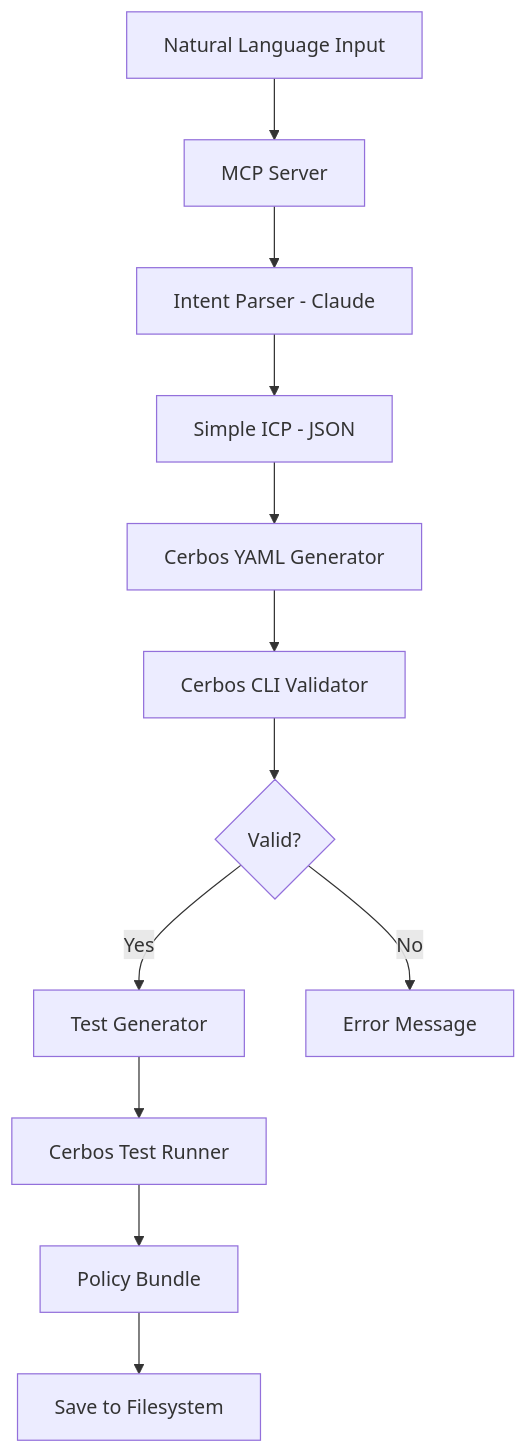
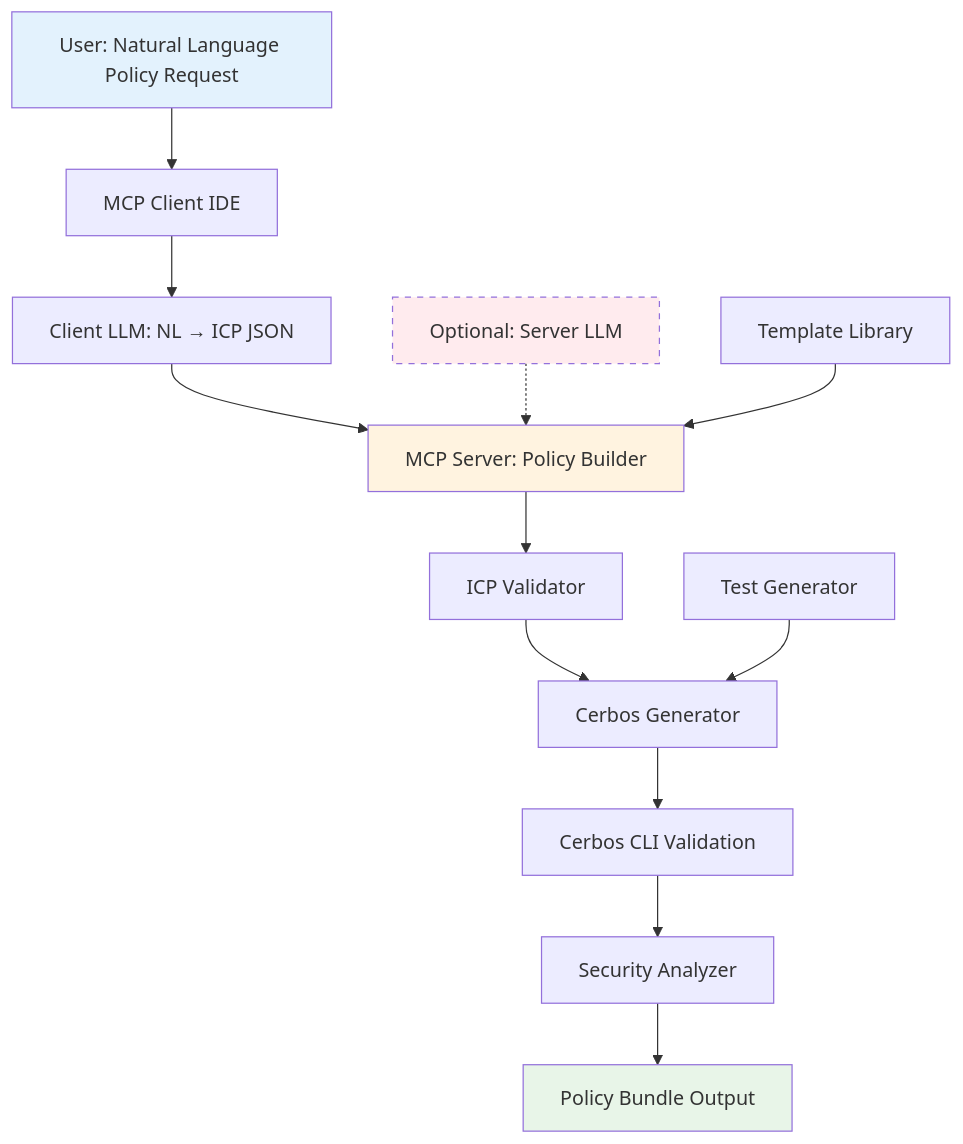
The second of 3 diagrams in docs/technical-design.md (GlassTape/agent-policy-builder-mcp), drawn with Mermaid before and after one commit. The commit also changed other lines of this file and 27 other files, not shown here.

````diff
--- a/docs/technical-design.md
+++ b/docs/technical-design.md
@@ -210,14 +82,20 @@
 ```mermaid
 flowchart TD
-    A[Natural Language Input] --> B[MCP Server]
-    B --> C[Intent Parser - Claude]
-    C --> D[Simple ICP - JSON]
-    D --> E[Cerbos YAML Generator]
-    E --> F[Cerbos CLI Validator]
-    F --> G{Valid?}
-    G -->|Yes| H[Test Generator]
-    G -->|No| I[Error Message]
-    H --> J[Cerbos Test Runner]
-    J --> K[Policy Bundle]
-    K --> L[Save to Filesystem]
+    A[User: Natural Language Policy Request] --> B[MCP Client IDE]
+    B --> C[Client LLM: NL → ICP JSON]
+    C --> D[MCP Server: Policy Builder]
+    D --> E[ICP Validator]
+    E --> F[Cerbos Generator]
+    F --> G[Cerbos CLI Validation]
+    G --> H[Security Analyzer]
+    H --> I[Policy Bundle Output]
+    
+    J[Optional: Server LLM] -.-> D
+    K[Template Library] --> D
+    L[Test Generator] --> F
+    
+    style A fill:#e3f2fd
+    style I fill:#e8f5e8
+    style D fill:#fff3e0
+    style J fill:#ffebee,stroke-dasharray: 5 5
 ```
````
